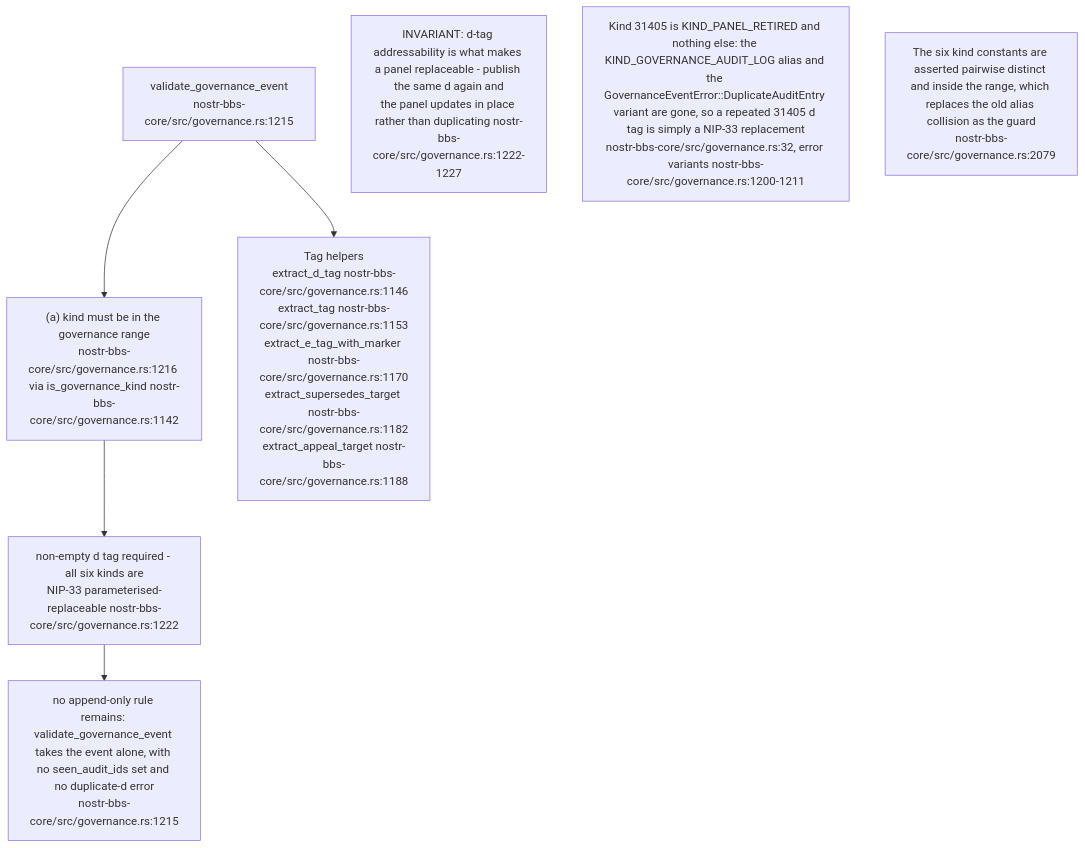
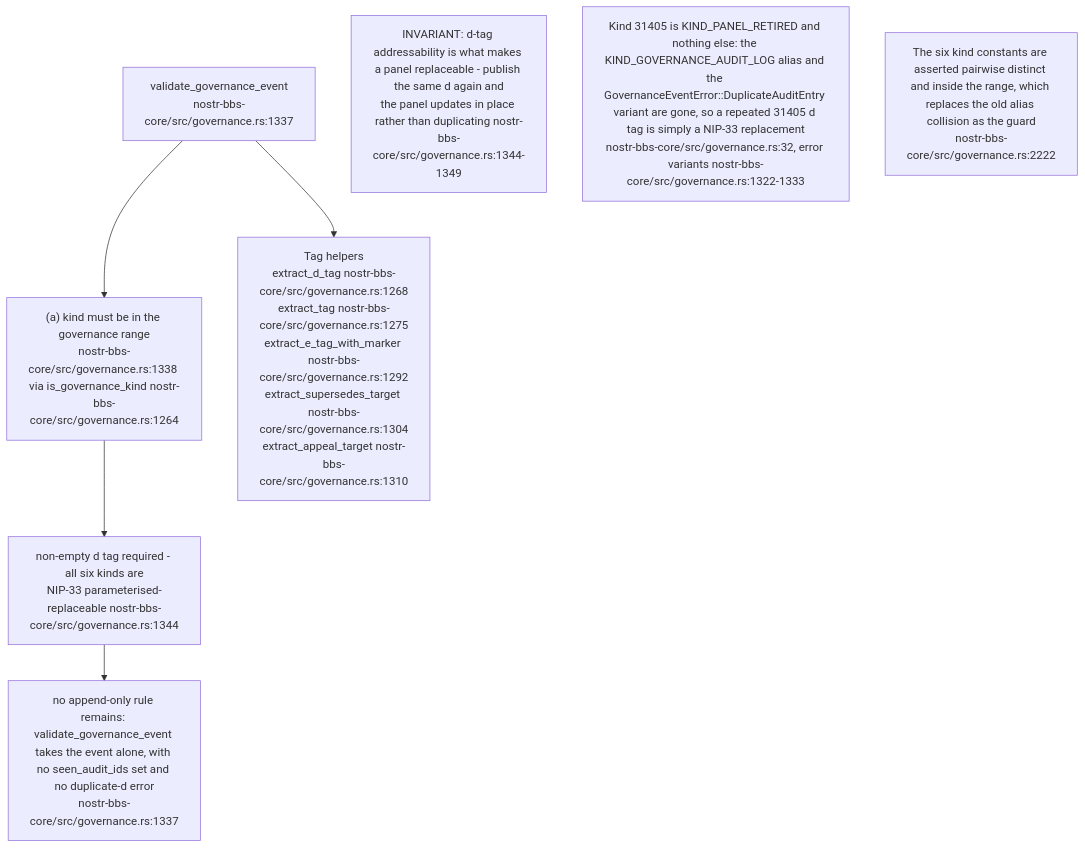
One commit to DreamLab-AI/VisionFlow changed the second of 18 diagrams in docs/diagrams/nostr-rust-forum/06-agent-control-surface-31400-31405.md. Above: the diagram before and after it, drawn with Mermaid. The commit also changed other lines of this file, not shown here.

First line of the commit message:
docs(diagrams): NF-06 re-verified at nostr-rust-forum af4f0d5

````diff
--- a/docs/diagrams/nostr-rust-forum/06-agent-control-surface-31400-31405.md
+++ b/docs/diagrams/nostr-rust-forum/06-agent-control-surface-31400-31405.md
@@ -72,15 +72,15 @@
 ```mermaid
 flowchart TB
-    V["validate_governance_event<br/>nostr-bbs-core/src/governance.rs:1215"]
-    K["(a) kind must be in the governance range<br/>nostr-bbs-core/src/governance.rs:1216 via is_governance_kind nostr-bbs-core/src/governance.rs:1142"]
-    D["non-empty d tag required - all six kinds are<br/>NIP-33 parameterised-replaceable nostr-bbs-core/src/governance.rs:1222"]
-    NOAUD["no append-only rule remains: validate_governance_event takes the event alone, with no seen_audit_ids set and no duplicate-d error<br/>nostr-bbs-core/src/governance.rs:1215"]
-    HELP["Tag helpers<br/>extract_d_tag nostr-bbs-core/src/governance.rs:1146<br/>extract_tag nostr-bbs-core/src/governance.rs:1153<br/>extract_e_tag_with_marker nostr-bbs-core/src/governance.rs:1170<br/>extract_supersedes_target nostr-bbs-core/src/governance.rs:1182<br/>extract_appeal_target nostr-bbs-core/src/governance.rs:1188"]
+    V["validate_governance_event<br/>nostr-bbs-core/src/governance.rs:1337"]
+    K["(a) kind must be in the governance range<br/>nostr-bbs-core/src/governance.rs:1338 via is_governance_kind nostr-bbs-core/src/governance.rs:1264"]
+    D["non-empty d tag required - all six kinds are<br/>NIP-33 parameterised-replaceable nostr-bbs-core/src/governance.rs:1344"]
+    NOAUD["no append-only rule remains: validate_governance_event takes the event alone, with no seen_audit_ids set and no duplicate-d error<br/>nostr-bbs-core/src/governance.rs:1337"]
+    HELP["Tag helpers<br/>extract_d_tag nostr-bbs-core/src/governance.rs:1268<br/>extract_tag nostr-bbs-core/src/governance.rs:1275<br/>extract_e_tag_with_marker nostr-bbs-core/src/governance.rs:1292<br/>extract_supersedes_target nostr-bbs-core/src/governance.rs:1304<br/>extract_appeal_target nostr-bbs-core/src/governance.rs:1310"]
 
     V --> K --> D --> NOAUD
     V --> HELP
 
-    N1["INVARIANT: d-tag addressability is what makes a panel replaceable - publish the same d again and<br/>the panel updates in place rather than duplicating nostr-bbs-core/src/governance.rs:1222-1227"]
-    N2["Kind 31405 is KIND_PANEL_RETIRED and nothing else: the KIND_GOVERNANCE_AUDIT_LOG alias and the GovernanceEventError::DuplicateAuditEntry variant are gone, so a repeated 31405 d tag is simply a NIP-33 replacement<br/>nostr-bbs-core/src/governance.rs:32, error variants nostr-bbs-core/src/governance.rs:1200-1211"]
-    N3["The six kind constants are asserted pairwise distinct and inside the range, which replaces the old alias collision as the guard<br/>nostr-bbs-core/src/governance.rs:2079"]
+    N1["INVARIANT: d-tag addressability is what makes a panel replaceable - publish the same d again and<br/>the panel updates in place rather than duplicating nostr-bbs-core/src/governance.rs:1344-1349"]
+    N2["Kind 31405 is KIND_PANEL_RETIRED and nothing else: the KIND_GOVERNANCE_AUDIT_LOG alias and the GovernanceEventError::DuplicateAuditEntry variant are gone, so a repeated 31405 d tag is simply a NIP-33 replacement<br/>nostr-bbs-core/src/governance.rs:32, error variants nostr-bbs-core/src/governance.rs:1322-1333"]
+    N3["The six kind constants are asserted pairwise distinct and inside the range, which replaces the old alias collision as the guard<br/>nostr-bbs-core/src/governance.rs:2222"]
 ```
````
